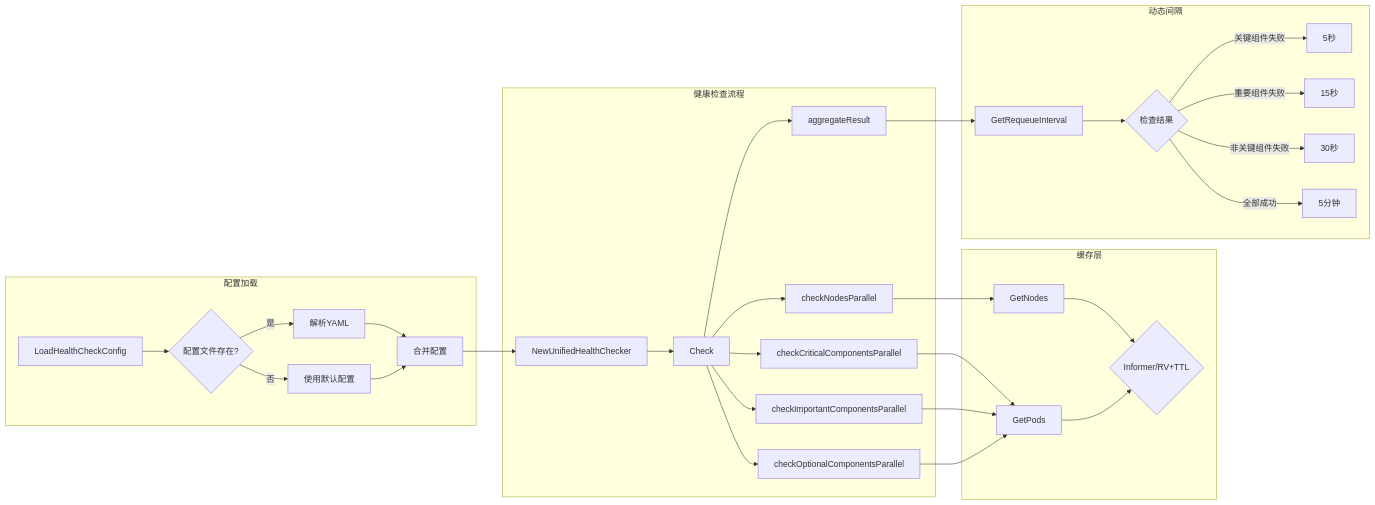
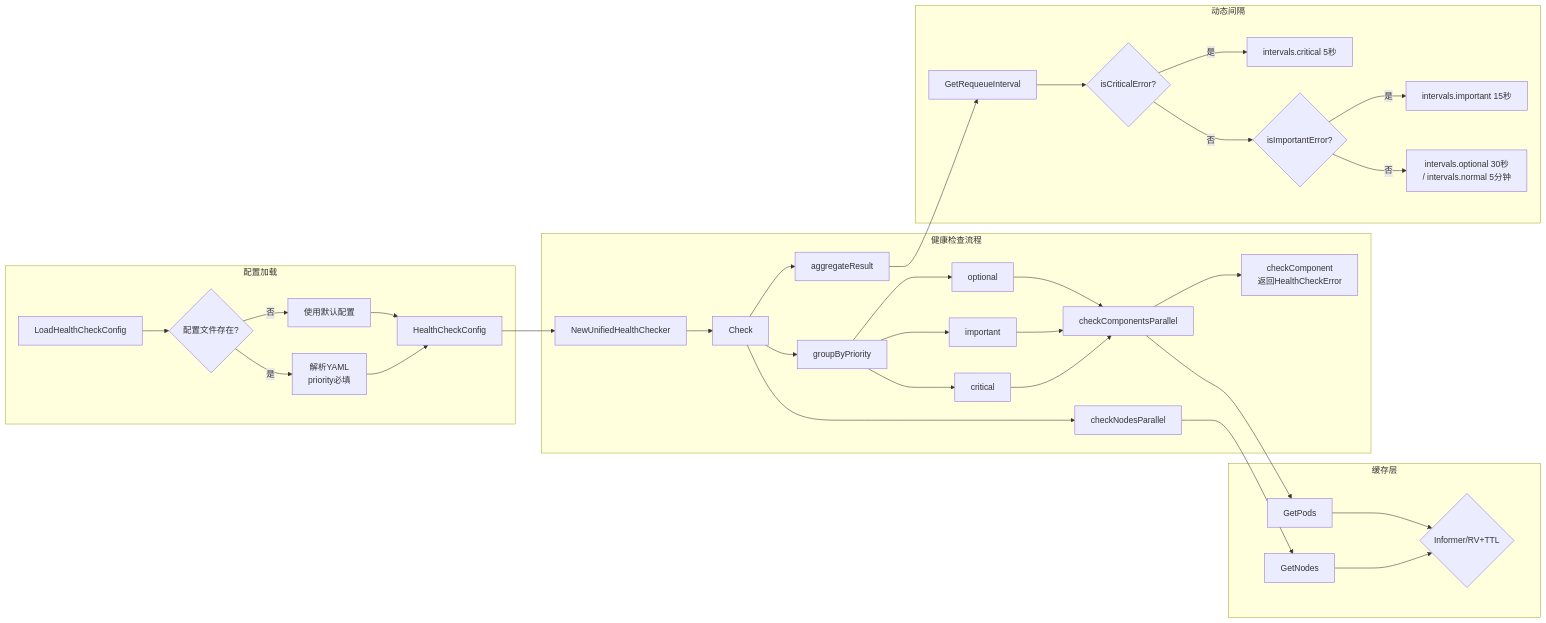
Before and after one commit to javadoors/cluster-api-provider-bke: the third of 7 diagrams in code/performance/report/health-check-convergence.md, drawn with Mermaid. The commit also changed other lines of this file, not shown here.

````diff
--- a/code/performance/report/health-check-convergence.md
+++ b/code/performance/report/health-check-convergence.md
@@ -854,38 +1162,41 @@
 ```mermaid
 graph LR
     subgraph "配置加载"
         A[LoadHealthCheckConfig] --> B{配置文件存在?}
-        B -->|是| C[解析YAML]
+        B -->|是| C[解析YAML<br/>priority必填]
         B -->|否| D[使用默认配置]
-        C --> E[合并配置]
+        C --> E[HealthCheckConfig]
         D --> E
     end
     
     subgraph "健康检查流程"
         E --> F[NewUnifiedHealthChecker]
         F --> G[Check]
         G --> H[checkNodesParallel]
-        G --> I[checkCriticalComponentsParallel]
-        G --> J[checkImportantComponentsParallel]
-        G --> K[checkOptionalComponentsParallel]
+        G --> I[groupByPriority]
+        I --> I1[critical]
+        I --> I2[important]
+        I --> I3[optional]
+        I1 --> J[checkComponentsParallel]
+        I2 --> J
+        I3 --> J
+        J --> K[checkComponent<br/>返回HealthCheckError]
         G --> L[aggregateResult]
     end
     
     subgraph "缓存层"
         H --> M[GetNodes]
-        I --> N[GetPods]
-        J --> N
-        K --> N
+        J --> N[GetPods]
         M --> O{Informer/RV+TTL}
         N --> O
     end
     
     subgraph "动态间隔"
         L --> P[GetRequeueInterval]
-        P --> Q{检查结果}
-        Q -->|关键组件失败| R[5秒]
-        Q -->|重要组件失败| S[15秒]
-        Q -->|非关键组件失败| T[30秒]
-        Q -->|全部成功| U[5分钟]
+        P --> Q{isCriticalError?}
+        Q -->|是| R[intervals.critical 5秒]
+        Q -->|否| S{isImportantError?}
+        S -->|是| T[intervals.important 15秒]
+        S -->|否| U[intervals.optional 30秒<br/>/ intervals.normal 5分钟]
     end
 ```
````
